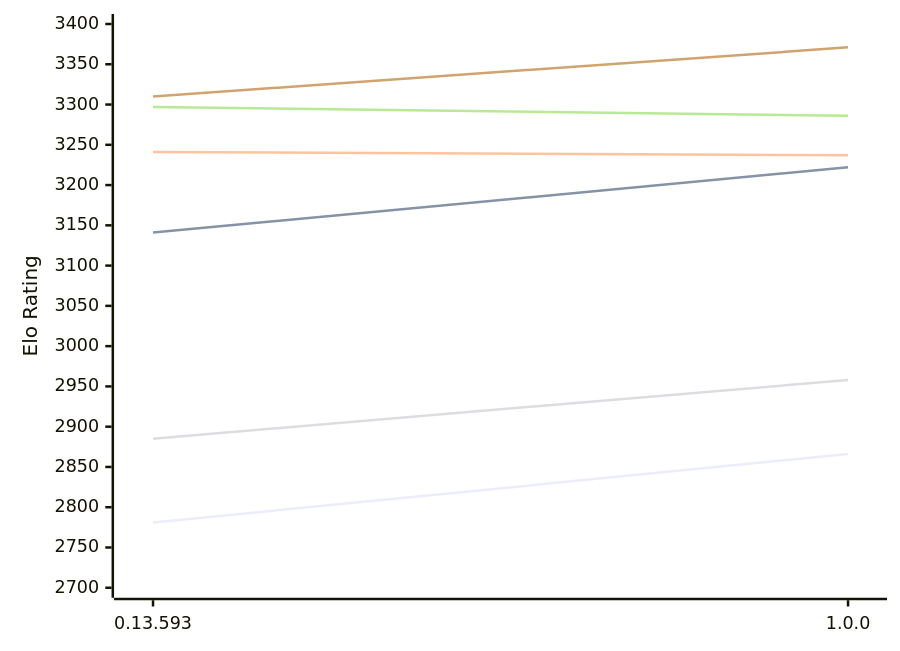
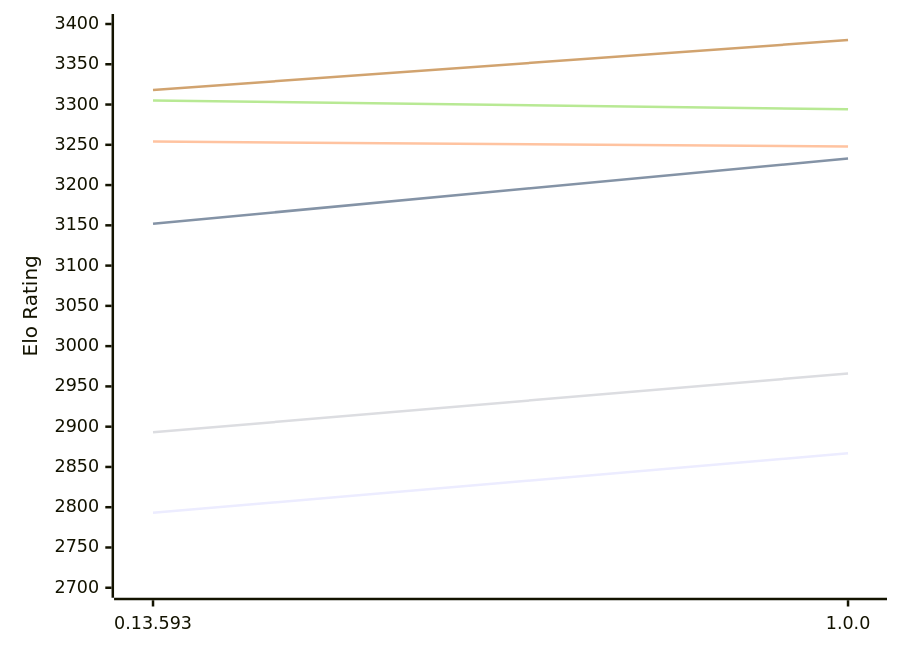
One commit to computer-chess-index/cci changed the diagram in engines/Pawnstar.md. Above: the diagram before and after it, drawn with Mermaid. The commit also changed other lines of this file, not shown here.

Commit message:
Update CCI Ratings (ELO VLTC) - 2026-10-25

````diff
--- a/engines/Pawnstar.md
+++ b/engines/Pawnstar.md
@@ -49,12 +49,12 @@
 ```mermaid
 %%{init: {"theme":"base","themeVariables":{"seriesColors:['#a3a3a3','#222221','#faa371']}}}%%
 xychart-beta
   x-axis ["0.13.593", "1.0.0"]
   y-axis "Elo Rating" 2700 --> 3400
-  line "E1: STC (8.0+0.08s)" [2781, 2866]
-  line "E1: LTC (60.0+0.60s)" [3141, 3222]
-  line "E1: VLTC (2m24s+1.12s)" [3241, 3237]
-  line "P1: STC (8.0+0.08s)" [2885, 2958]
-  line "P1: LTC (60.0+0.60s)" [3297, 3286]
-  line "P1: VLTC (2m24s+1.12s)" [3310, 3371]
+  line "E1: STC (8.0+0.08s)" [2793, 2867]
+  line "E1: LTC (60.0+0.60s)" [3152, 3233]
+  line "E1: VLTC (2m24s+1.12s)" [3254, 3248]
+  line "P1: STC (8.0+0.08s)" [2893, 2966]
+  line "P1: LTC (60.0+0.60s)" [3305, 3294]
+  line "P1: VLTC (2m24s+1.12s)" [3318, 3380]
 ```
````
